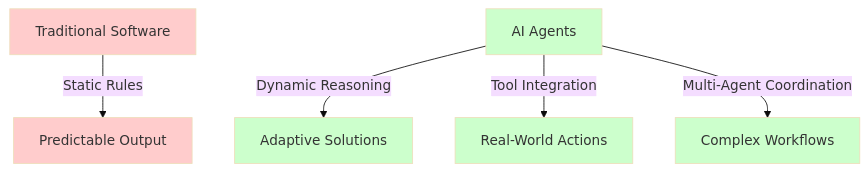
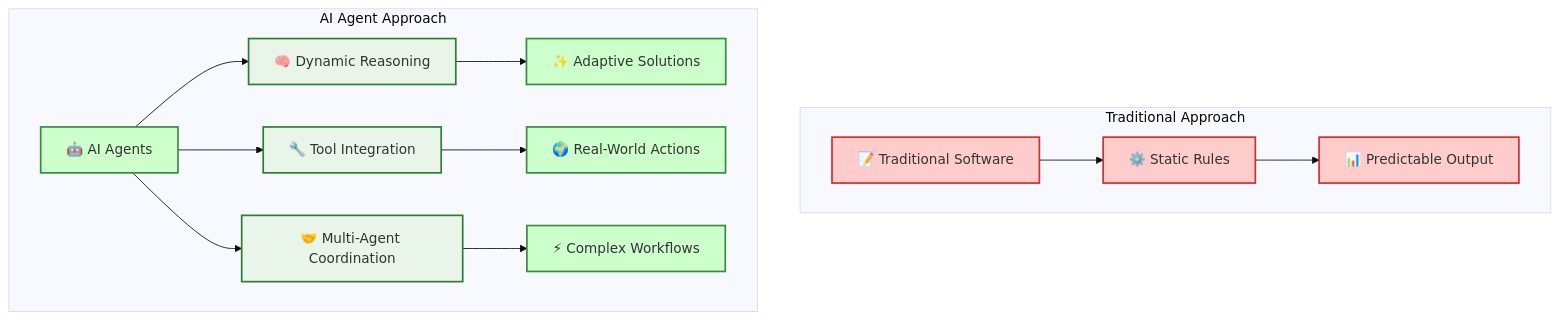
Before and after one commit to raphaelmansuy/tutorials: the first of 7 diagrams in 29_adk_simple_tutorial.md, drawn with Mermaid (base theme). The commit also changed other lines of this file, not shown here.

Commit message:
Enhance tutorial clarity by updating Mermaid diagrams and refining analogies for AI agent development

````diff
--- a/29_adk_simple_tutorial.md
+++ b/29_adk_simple_tutorial.md
@@ -9,14 +9,37 @@
 ```mermaid
-graph TD
-    A[Traditional Software] -->|Static Rules| B[Predictable Output]
-    C[AI Agents] -->|Dynamic Reasoning| D[Adaptive Solutions]
-    C -->|Tool Integration| E[Real-World Actions]
-    C -->|Multi-Agent Coordination| F[Complex Workflows]
-
-    style A fill:#ffcccc
-    style B fill:#ffcccc
-    style C fill:#ccffcc
-    style D fill:#ccffcc
-    style E fill:#ccffcc
-    style F fill:#ccffcc
+flowchart TD
+    subgraph "Traditional Approach"
+        A[📝 Traditional Software]
+        B[⚙️ Static Rules]
+        C[📊 Predictable Output]
+        style A fill:#ffcccc,stroke:#d32f2f,stroke-width:2px
+        style B fill:#ffcccc,stroke:#d32f2f,stroke-width:2px
+        style C fill:#ffcccc,stroke:#d32f2f,stroke-width:2px
+    end
+    
+    subgraph "AI Agent Approach"
+        D[🤖 AI Agents]
+        E[🧠 Dynamic Reasoning]
+        F[🔧 Tool Integration]
+        G[🤝 Multi-Agent Coordination]
+        H[✨ Adaptive Solutions]
+        I[🌍 Real-World Actions]
+        J[⚡ Complex Workflows]
+        style D fill:#ccffcc,stroke:#388e3c,stroke-width:2px
+        style E fill:#e8f5e8,stroke:#2e7d32,stroke-width:2px
+        style F fill:#e8f5e8,stroke:#2e7d32,stroke-width:2px
+        style G fill:#e8f5e8,stroke:#2e7d32,stroke-width:2px
+        style H fill:#ccffcc,stroke:#388e3c,stroke-width:2px
+        style I fill:#ccffcc,stroke:#388e3c,stroke-width:2px
+        style J fill:#ccffcc,stroke:#388e3c,stroke-width:2px
+    end
+    
+    A --> B
+    B --> C
+    D --> E
+    D --> F
+    D --> G
+    E --> H
+    F --> I
+    G --> J
 ```
````
